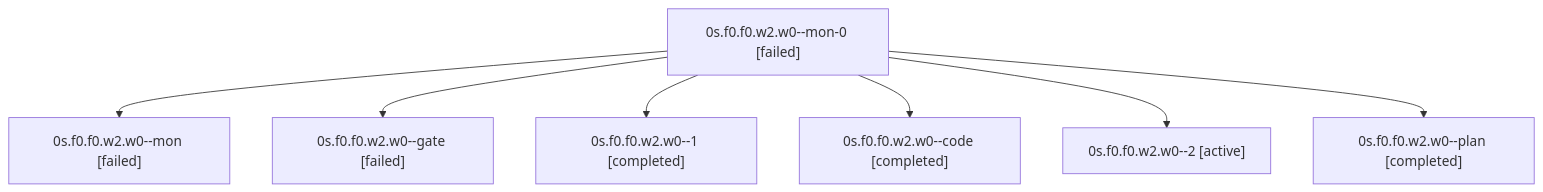
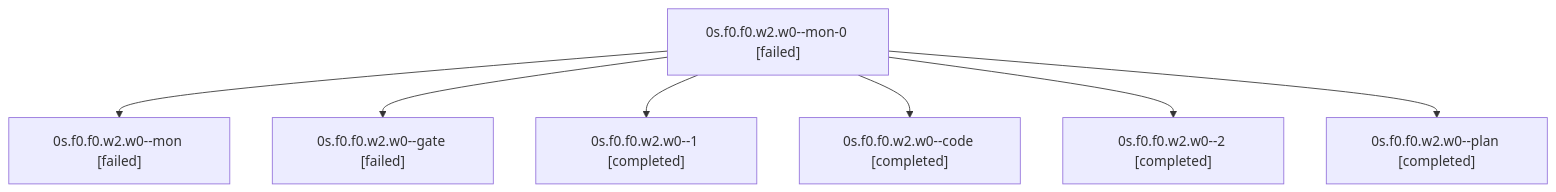
The diagram in sessions/bbugyi200.apollo.0s.f0.f0.w2.w0.md (sase-org/sase--agents), drawn with Mermaid before and after one commit. The commit also changed other lines of this file and 53 other files, not shown here.

````diff
--- a/sessions/bbugyi200.apollo.0s.f0.f0.w2.w0.md
+++ b/sessions/bbugyi200.apollo.0s.f0.f0.w2.w0.md
@@ -9,16 +9,16 @@
 ```mermaid
 flowchart TD
   n0["0s.f0.f0.w2.w0--mon-0 [failed]"]
   n1["0s.f0.f0.w2.w0--mon [failed]"]
   n0 --> n1
   n2["0s.f0.f0.w2.w0--gate [failed]"]
   n0 --> n2
   n3["0s.f0.f0.w2.w0--1 [completed]"]
   n0 --> n3
   n4["0s.f0.f0.w2.w0--code [completed]"]
   n0 --> n4
-  n5["0s.f0.f0.w2.w0--2 [active]"]
+  n5["0s.f0.f0.w2.w0--2 [completed]"]
   n0 --> n5
   n6["0s.f0.f0.w2.w0--plan [completed]"]
   n0 --> n6
 ```
````
